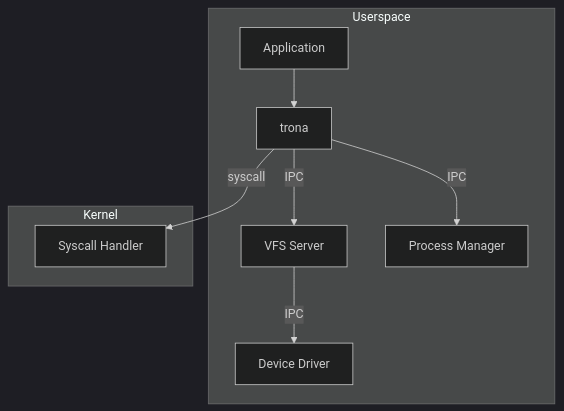
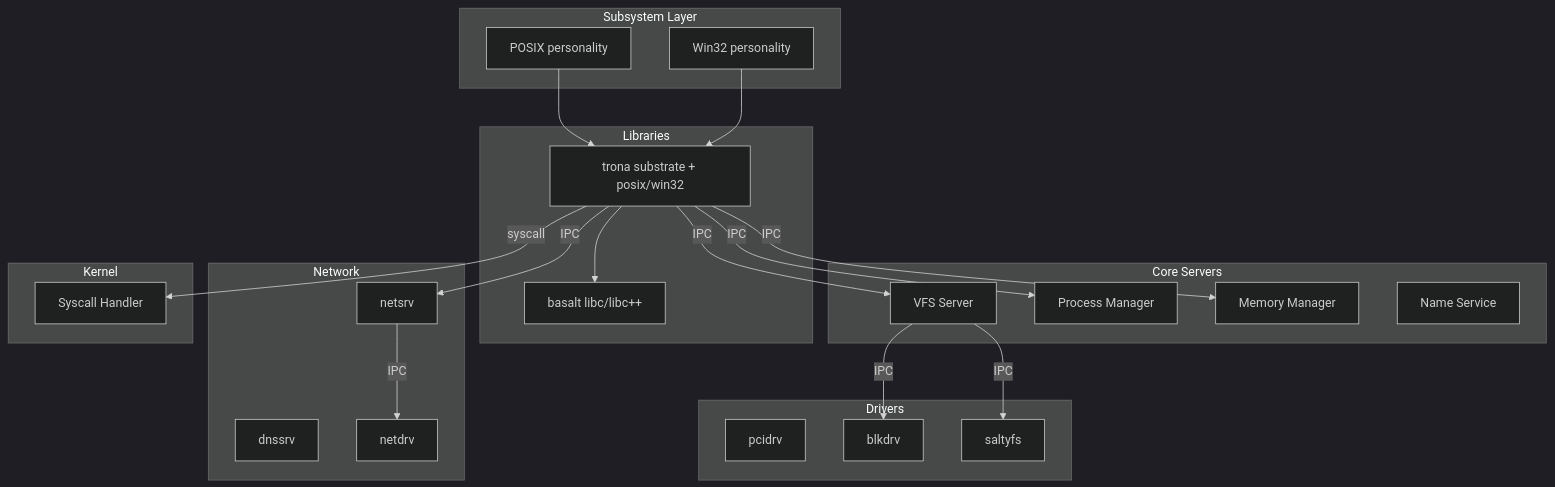
One commit to SaltyOS/SaltyOS changed the sixth of 6 diagrams in docs/ARCHITECTURE.md. Above: the diagram before and after it, drawn with Mermaid (dark theme). The commit also changed other lines of this file and 22 other files, not shown here.

````diff
--- a/docs/ARCHITECTURE.md
+++ b/docs/ARCHITECTURE.md
@@ -348,21 +436,47 @@
 ```mermaid
 graph TB
-    subgraph Userspace
-        APP[Application]
-        LIBSALTY[trona]
+    subgraph "Subsystem Layer"
+        POSIX[POSIX personality]
+        WIN32[Win32 personality]
+    end
+
+    subgraph "Libraries"
+        TRONA[trona substrate + posix/win32]
+        BASALT[basalt libc/libc++]
+    end
+
+    subgraph "Core Servers"
         VFS[VFS Server]
         PROCMGR[Process Manager]
-        DRIVER[Device Driver]
+        MMSRV[Memory Manager]
+        NAMESRV[Name Service]
     end
-    
-    APP --> LIBSALTY
-    LIBSALTY -->|IPC| VFS
-    LIBSALTY -->|IPC| PROCMGR
-    VFS -->|IPC| DRIVER
-    
+
+    subgraph "Network"
+        NETSRV[netsrv]
+        DNSSRV[dnssrv]
+        NETDRV[netdrv]
+    end
+
+    subgraph "Drivers"
+        PCIDRV[pcidrv]
+        BLKDRV[blkdrv]
+        SALTYFS[saltyfs]
+    end
+
     subgraph Kernel
         SYSCALL[Syscall Handler]
     end
-    
-    LIBSALTY -->|syscall| SYSCALL
+
+    POSIX --> TRONA
+    WIN32 --> TRONA
+    TRONA --> BASALT
+    TRONA -->|IPC| VFS
+    TRONA -->|IPC| PROCMGR
+    TRONA -->|IPC| MMSRV
+    TRONA -->|IPC| NETSRV
+    VFS -->|IPC| BLKDRV
+    VFS -->|IPC| SALTYFS
+    NETSRV -->|IPC| NETDRV
+    TRONA -->|syscall| SYSCALL
 ```
````
